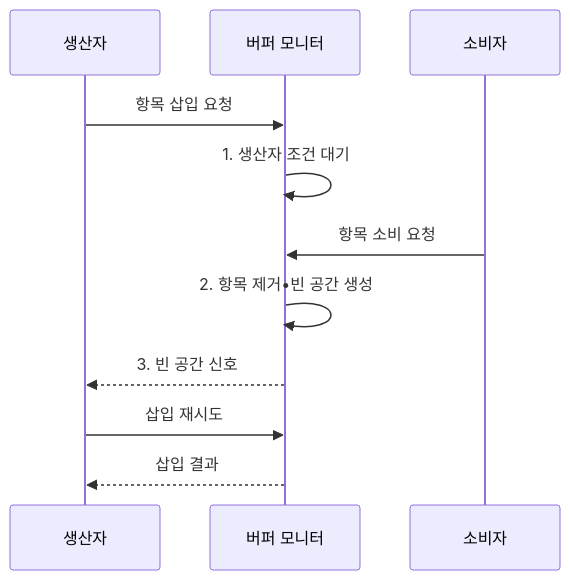
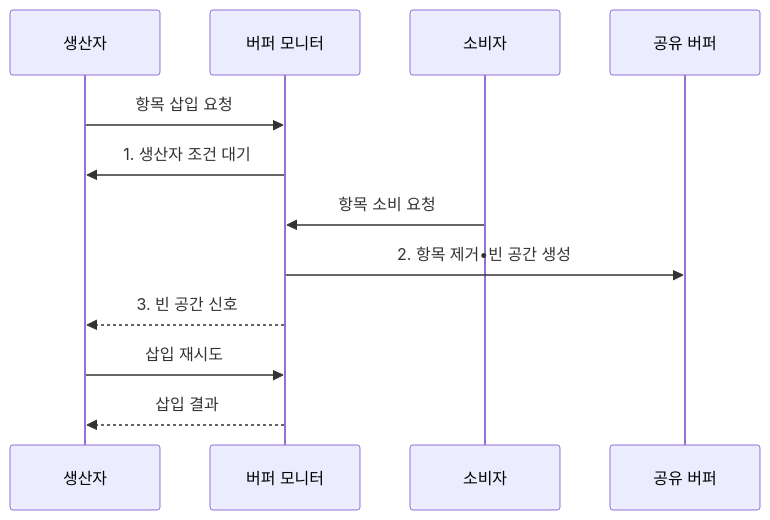
Before and after one commit to agnusdei1207/knowledge-base: the second of 2 diagrams in src/content/docs/notes/03-software/012_synchronization.md, drawn with Mermaid. The commit also changed other lines of this file and 12 other files, not shown here.

````diff
--- a/src/content/docs/notes/03-software/012_synchronization.md
+++ b/src/content/docs/notes/03-software/012_synchronization.md
@@ -102,13 +102,14 @@
 ```mermaid
 sequenceDiagram
     participant P as 생산자
     participant M as 버퍼 모니터
     participant C as 소비자
+    participant B as 공유 버퍼
     P->>M: 항목 삽입 요청
-    M->>M: 1. 생산자 조건 대기
+    M->>P: 1. 생산자 조건 대기
     C->>M: 항목 소비 요청
-    M->>M: 2. 항목 제거•빈 공간 생성
+    M->>B: 2. 항목 제거•빈 공간 생성
     M-->>P: 3. 빈 공간 신호
     P->>M: 삽입 재시도
     M-->>P: 삽입 결과
 ```
````
